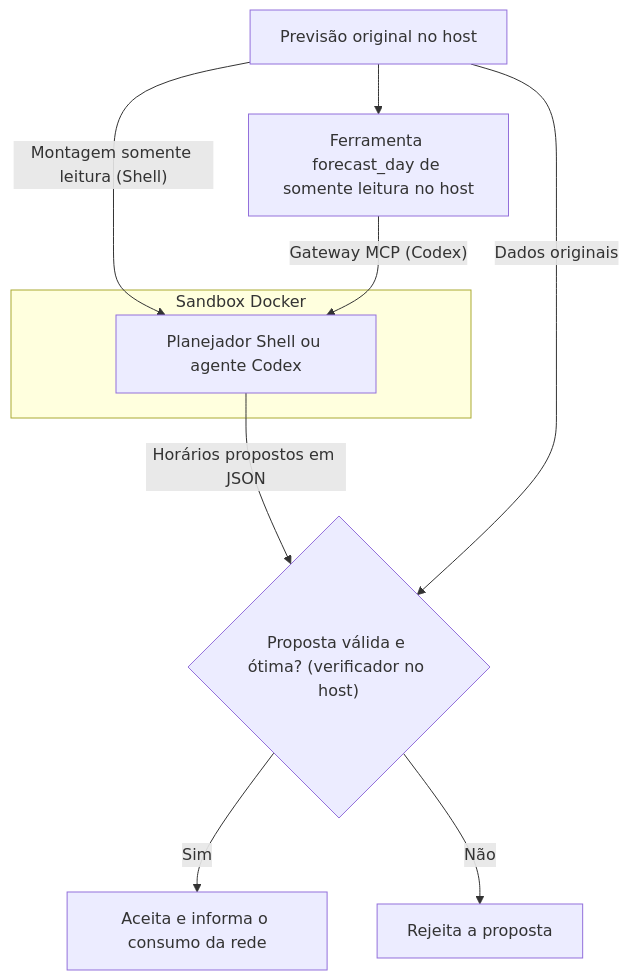
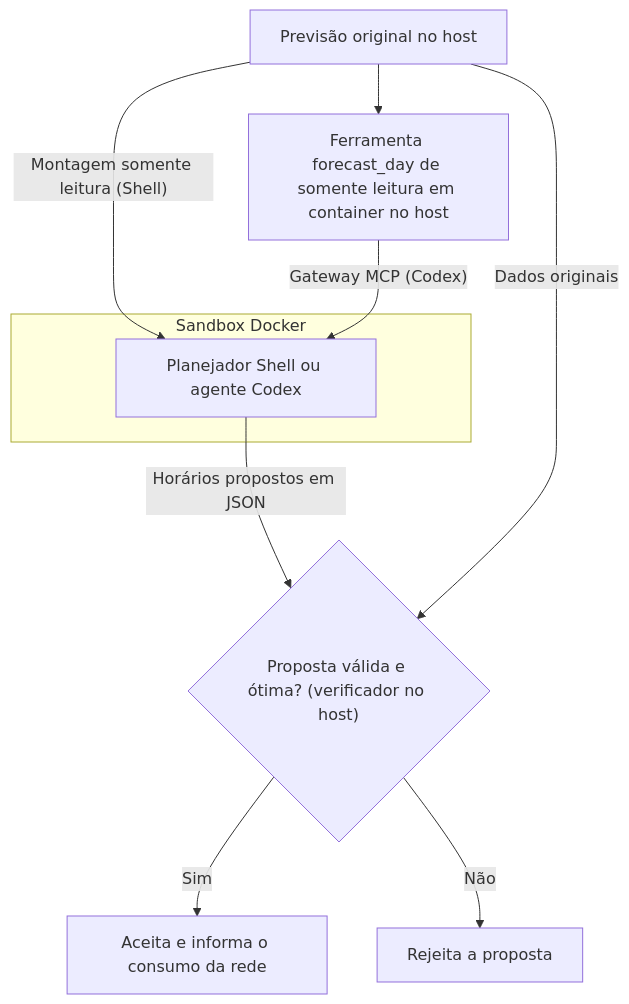
The diagram in README.pt-BR.md (brunovicco/ai-agents-on-docker-lab), drawn with Mermaid before and after one commit. The commit also changed other lines of this file and 7 other files, not shown here.

````diff
--- a/README.pt-BR.md
+++ b/README.pt-BR.md
@@ -31,14 +31,14 @@
 ```mermaid
 flowchart TB
     Forecast["Previsão original no host"]
     subgraph Sandbox["Sandbox Docker"]
         Planner["Planejador Shell ou agente Codex"]
     end
     Forecast -->|"Montagem somente leitura (Shell)"| Planner
-    Forecast --> MCP["Ferramenta forecast_day de somente leitura no host"]
+    Forecast --> MCP["Ferramenta forecast_day de somente leitura em container no host"]
     MCP -->|"Gateway MCP (Codex)"| Planner
     Planner -->|"Horários propostos em JSON"| Verify{"Proposta válida e ótima? (verificador no host)"}
     Forecast -->|"Dados originais"| Verify
     Verify -->|"Sim"| Accept["Aceita e informa o consumo da rede"]
     Verify -->|"Não"| Reject["Rejeita a proposta"]
 ```
````
